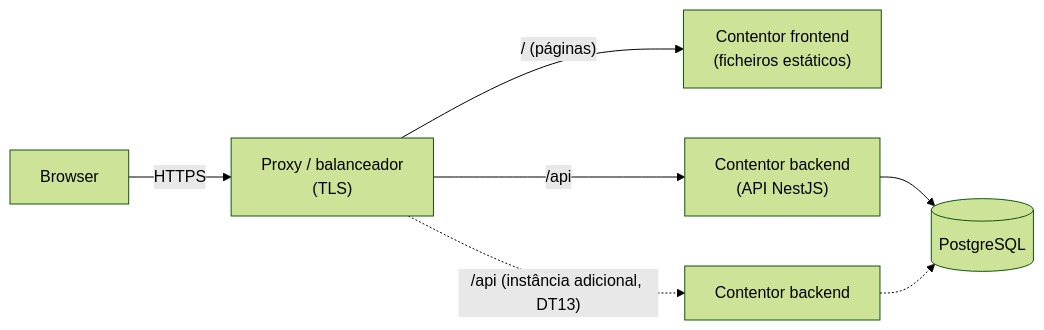
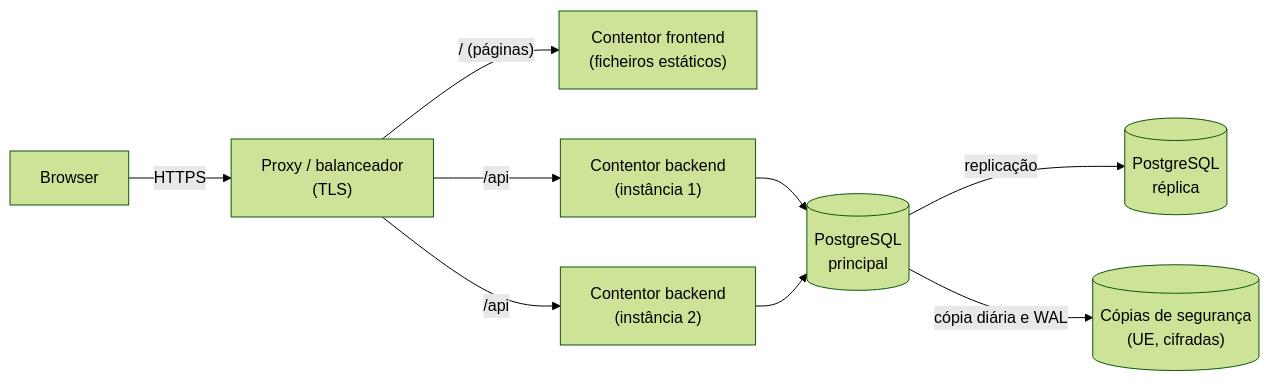
One commit to zepedrorodrigues/matriz changed the second of 2 diagrams in docs/architecture.md. Above: the diagram before and after it, drawn with Mermaid (forest theme). The commit also changed other lines of this file and 4 other files, not shown here.

````diff
--- a/docs/architecture.md
+++ b/docs/architecture.md
@@ -140,9 +141,11 @@
 ```mermaid
 flowchart LR
     B[Browser] -->|HTTPS| P["Proxy / balanceador<br/>(TLS)"]
     P -->|"/ (páginas)"| F["Contentor frontend<br/>(ficheiros estáticos)"]
-    P -->|"/api"| A1["Contentor backend<br/>(API NestJS)"]
-    P -.->|"/api (instância adicional, DT13)"| A2["Contentor backend"]
-    A1 --> D[("PostgreSQL")]
-    A2 -.-> D
+    P -->|"/api"| A1["Contentor backend<br/>(instância 1)"]
+    P -->|"/api"| A2["Contentor backend<br/>(instância 2)"]
+    A1 --> D[("PostgreSQL<br/>principal")]
+    A2 --> D
+    D -->|replicação| R[("PostgreSQL<br/>réplica")]
+    D -->|"cópia diária e WAL"| C[("Cópias de segurança<br/>(UE, cifradas)")]
 ```
````
